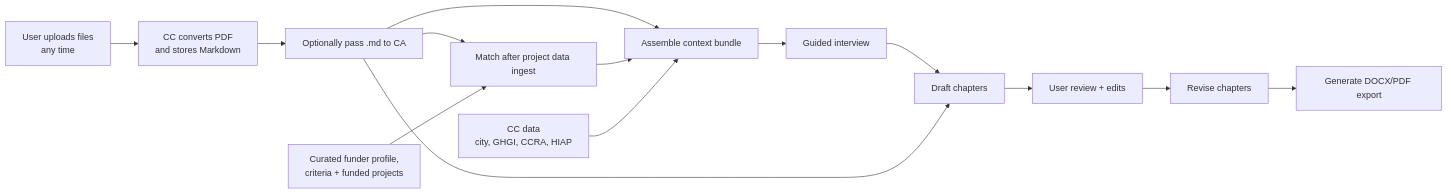
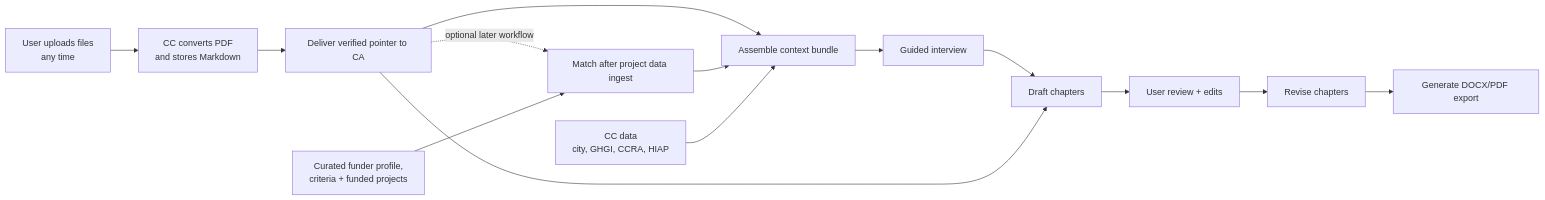
Before and after one commit to Open-Earth-Foundation/CityCatalyst: the second of 14 diagrams in docs/ConceptNoteBuilderArchitecture.md, drawn with Mermaid. The commit also changed other lines of this file and 39 other files, not shown here.

````diff
--- a/docs/ConceptNoteBuilderArchitecture.md
+++ b/docs/ConceptNoteBuilderArchitecture.md
@@ -180,20 +191,20 @@
 ```mermaid
 flowchart LR
     Context["Assemble context bundle"]
     Context --> Interview["Guided interview"]
     Interview --> Draft["Draft chapters"]
     Draft --> Review["User review + edits"]
     Review --> Revise["Revise chapters"]
     Revise --> Export["Generate DOCX/PDF export"]
 
     Upload["User uploads files<br/>any time"] --> Convert["CC converts PDF<br/>and stores Markdown"]
-    Convert --> Ingest["Optionally pass .md to CA"]
+    Convert --> Ingest["Deliver verified pointer to CA"]
     Ingest --> Context
     Ingest --> Draft
 
-    Ingest --> Match["Match after project data ingest"]
+    Ingest -. optional later workflow .-> Match["Match after project data ingest"]
     Research["Curated funder profile,<br/>criteria + funded projects"] --> Match
     Match --> Context
 
     CCData["CC data<br/>city, GHGI, CCRA, HIAP"] --> Context
 ```
````
